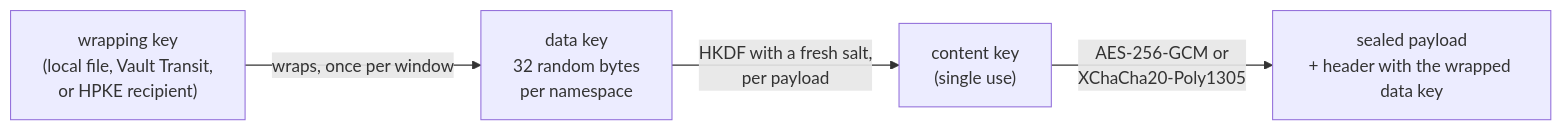
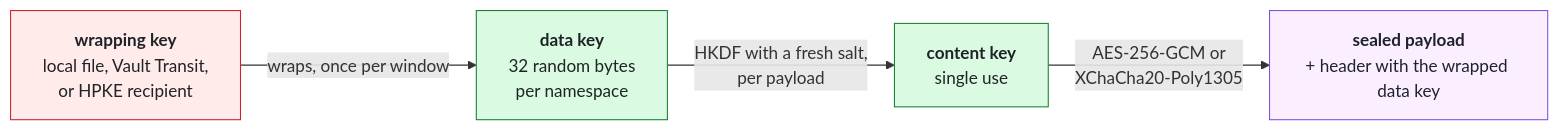
Before and after one commit to picatz/flowstate: the diagram in docs/ENCRYPTION.md, drawn with Mermaid. The commit also changed 8 other files, not shown here.

First line of the commit message:
docs: give every diagram one palette and a style guide

````diff
--- a/docs/ENCRYPTION.md
+++ b/docs/ENCRYPTION.md
@@ -67,6 +67,18 @@
 ```mermaid
 flowchart LR
-  WK["wrapping key<br/>(local file, Vault Transit,<br/>or HPKE recipient)"] -- "wraps, once per window" --> DK["data key<br/>32 random bytes<br/>per namespace"]
-  DK -- "HKDF with a fresh salt,<br/>per payload" --> CK["content key<br/>(single use)"]
-  CK -- "AES-256-GCM or<br/>XChaCha20-Poly1305" --> P["sealed payload<br/>+ header with the wrapped data key"]
+  WK["<b>wrapping key</b><br/>local file, Vault Transit,<br/>or HPKE recipient"]
+  DK["<b>data key</b><br/>32 random bytes<br/>per namespace"]
+  CK["<b>content key</b><br/>single use"]
+  P["<b>sealed payload</b><br/>+ header with the wrapped data key"]
+
+  WK -- "wraps, once per window" --> DK
+  DK -- "HKDF with a fresh salt,<br/>per payload" --> CK
+  CK -- "AES-256-GCM or<br/>XChaCha20-Poly1305" --> P
+
+  classDef govern fill:#FFEBE9,stroke:#CF222E,color:#1F2328
+  classDef runtime fill:#DAFBE1,stroke:#1A7F37,color:#1F2328
+  classDef durable fill:#FBEFFF,stroke:#8250DF,color:#1F2328
+  class WK govern
+  class DK,CK runtime
+  class P durable
 ```
````
